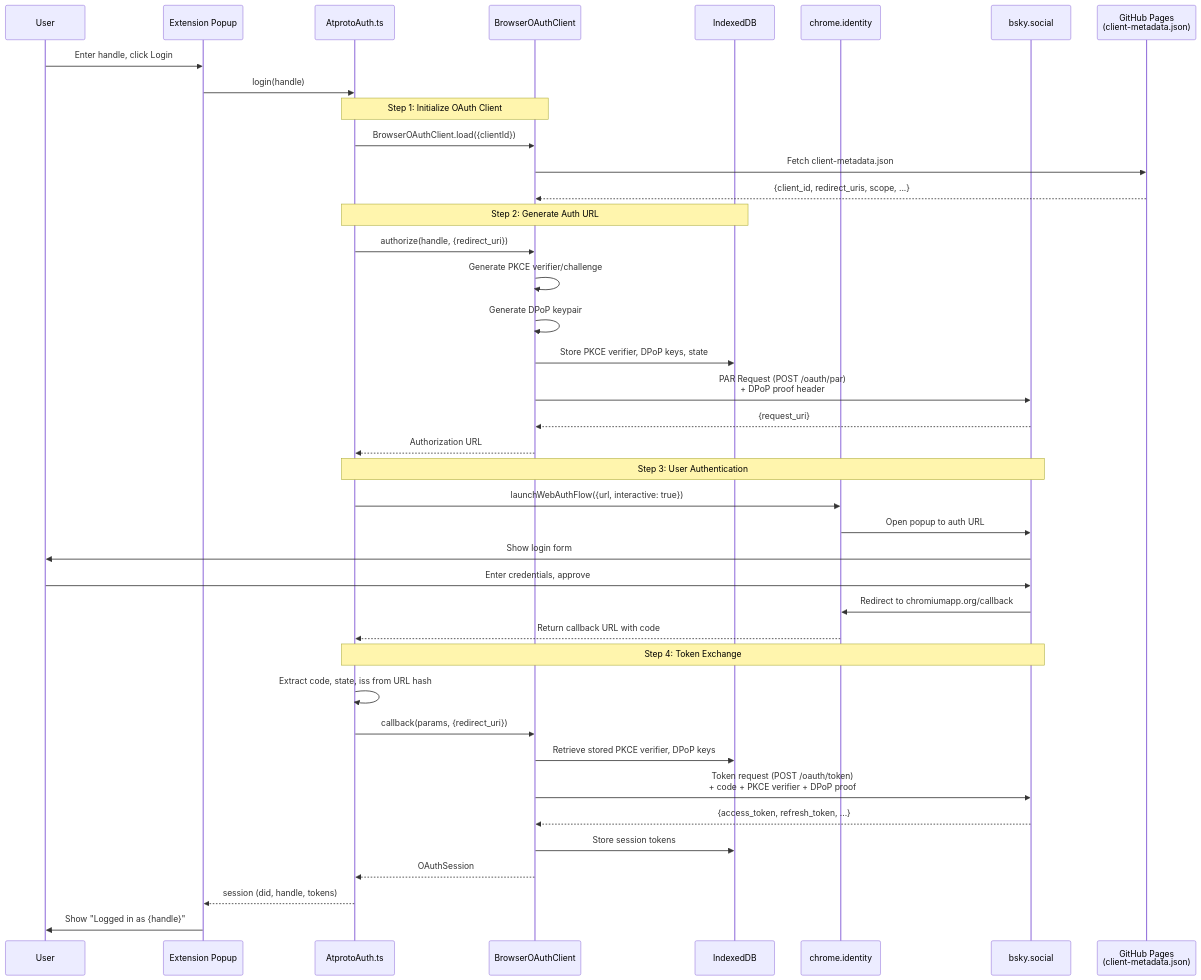
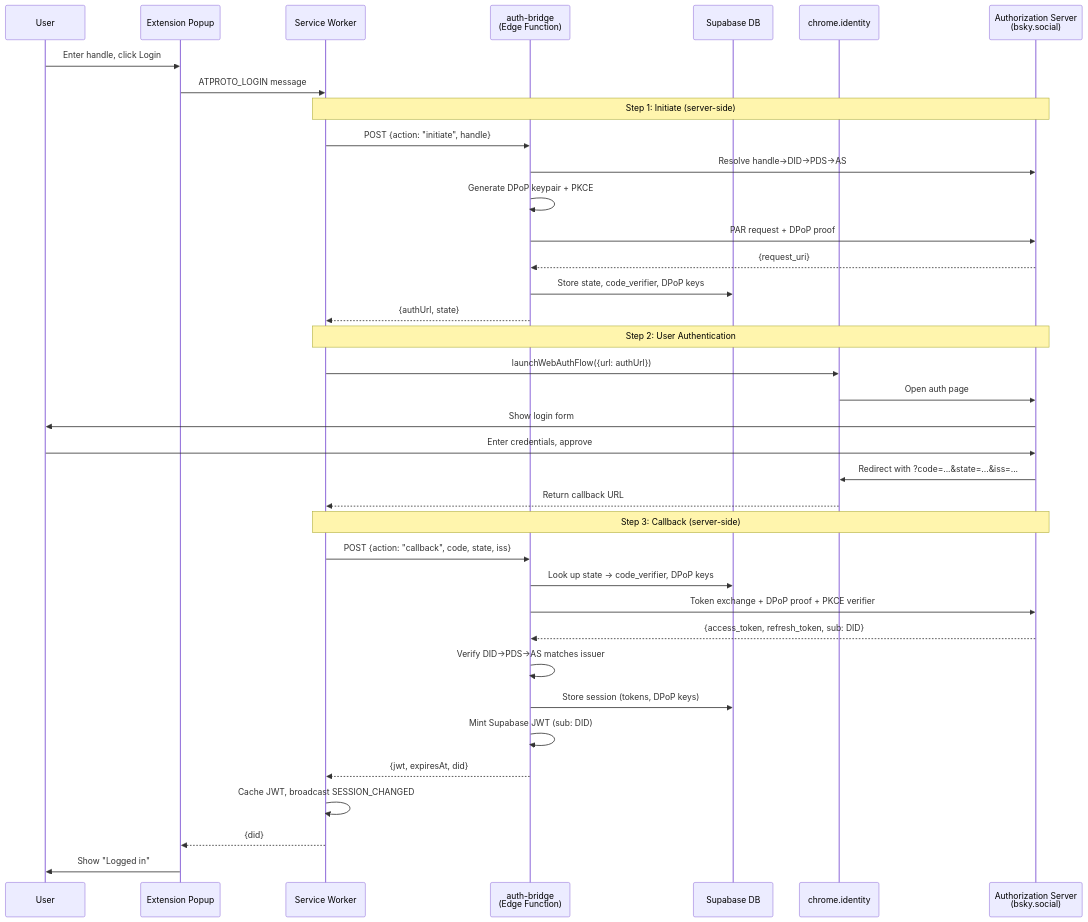
The second of 2 diagrams in PROGRESS.md (fettstorch/mustard), drawn with Mermaid before and after one commit. The commit also changed other lines of this file and 8 other files, not shown here.

First line of the commit message:
secure auth via BFF pattern: server-side ATProto OAuth

````diff
--- a/PROGRESS.md
+++ b/PROGRESS.md
@@ -150,48 +153,44 @@
 ```mermaid
 sequenceDiagram
     participant User
     participant Popup as Extension Popup
-    participant Auth as AtprotoAuth.ts
-    participant Client as BrowserOAuthClient
-    participant IDB as IndexedDB
+    participant SW as Service Worker
+    participant Bridge as auth-bridge<br/>(Edge Function)
+    participant DB as Supabase DB
     participant Chrome as chrome.identity
-    participant BSky as bsky.social
-    participant GH as GitHub Pages<br/>(client-metadata.json)
+    participant AS as Authorization Server<br/>(bsky.social)
 
     User->>Popup: Enter handle, click Login
-    Popup->>Auth: login(handle)
+    Popup->>SW: ATPROTO_LOGIN message
 
-    Note over Auth,Client: Step 1: Initialize OAuth Client
-    Auth->>Client: BrowserOAuthClient.load({clientId})
-    Client->>GH: Fetch client-metadata.json
-    GH-->>Client: {client_id, redirect_uris, scope, ...}
+    Note over SW,AS: Step 1: Initiate (server-side)
+    SW->>Bridge: POST {action: "initiate", handle}
+    Bridge->>AS: Resolve handle→DID→PDS→AS
+    Bridge->>Bridge: Generate DPoP keypair + PKCE
+    Bridge->>AS: PAR request + DPoP proof
+    AS-->>Bridge: {request_uri}
+    Bridge->>DB: Store state, code_verifier, DPoP keys
+    Bridge-->>SW: {authUrl, state}
 
-    Note over Auth,IDB: Step 2: Generate Auth URL
-    Auth->>Client: authorize(handle, {redirect_uri})
-    Client->>Client: Generate PKCE verifier/challenge
-    Client->>Client: Generate DPoP keypair
-    Client->>IDB: Store PKCE verifier, DPoP keys, state
-    Client->>BSky: PAR Request (POST /oauth/par)<br/>+ DPoP proof header
-    BSky-->>Client: {request_uri}
-    Client-->>Auth: Authorization URL
+    Note over SW,AS: Step 2: User Authentication
+    SW->>Chrome: launchWebAuthFlow({url: authUrl})
+    Chrome->>AS: Open auth page
+    AS->>User: Show login form
+    User->>AS: Enter credentials, approve
+    AS->>Chrome: Redirect with ?code=...&state=...&iss=...
+    Chrome-->>SW: Return callback URL
 
-    Note over Auth,BSky: Step 3: User Authentication
-    Auth->>Chrome: launchWebAuthFlow({url, interactive: true})
-    Chrome->>BSky: Open popup to auth URL
-    BSky->>User: Show login form
-    User->>BSky: Enter credentials, approve
-    BSky->>Chrome: Redirect to chromiumapp.org/callback#code=...
-    Chrome-->>Auth: Return callback URL with code
+    Note over SW,AS: Step 3: Callback (server-side)
+    SW->>Bridge: POST {action: "callback", code, state, iss}
+    Bridge->>DB: Look up state → code_verifier, DPoP keys
+    Bridge->>AS: Token exchange + DPoP proof + PKCE verifier
+    AS-->>Bridge: {access_token, refresh_token, sub: DID}
+    Bridge->>Bridge: Verify DID→PDS→AS matches issuer
+    Bridge->>DB: Store session (tokens, DPoP keys)
+    Bridge->>Bridge: Mint Supabase JWT (sub: DID)
+    Bridge-->>SW: {jwt, expiresAt, did}
 
-    Note over Auth,BSky: Step 4: Token Exchange
-    Auth->>Auth: Extract code, state, iss from URL hash
-    Auth->>Client: callback(params, {redirect_uri})
-    Client->>IDB: Retrieve stored PKCE verifier, DPoP keys
-    Client->>BSky: Token request (POST /oauth/token)<br/>+ code + PKCE verifier + DPoP proof
-    BSky-->>Client: {access_token, refresh_token, ...}
-    Client->>IDB: Store session tokens
-    Client-->>Auth: OAuthSession
-
-    Auth-->>Popup: session (did, handle, tokens)
-    Popup->>User: Show "Logged in as {handle}"
+    SW->>SW: Cache JWT, broadcast SESSION_CHANGED
+    SW-->>Popup: {did}
+    Popup->>User: Show "Logged in"
 ```
````
